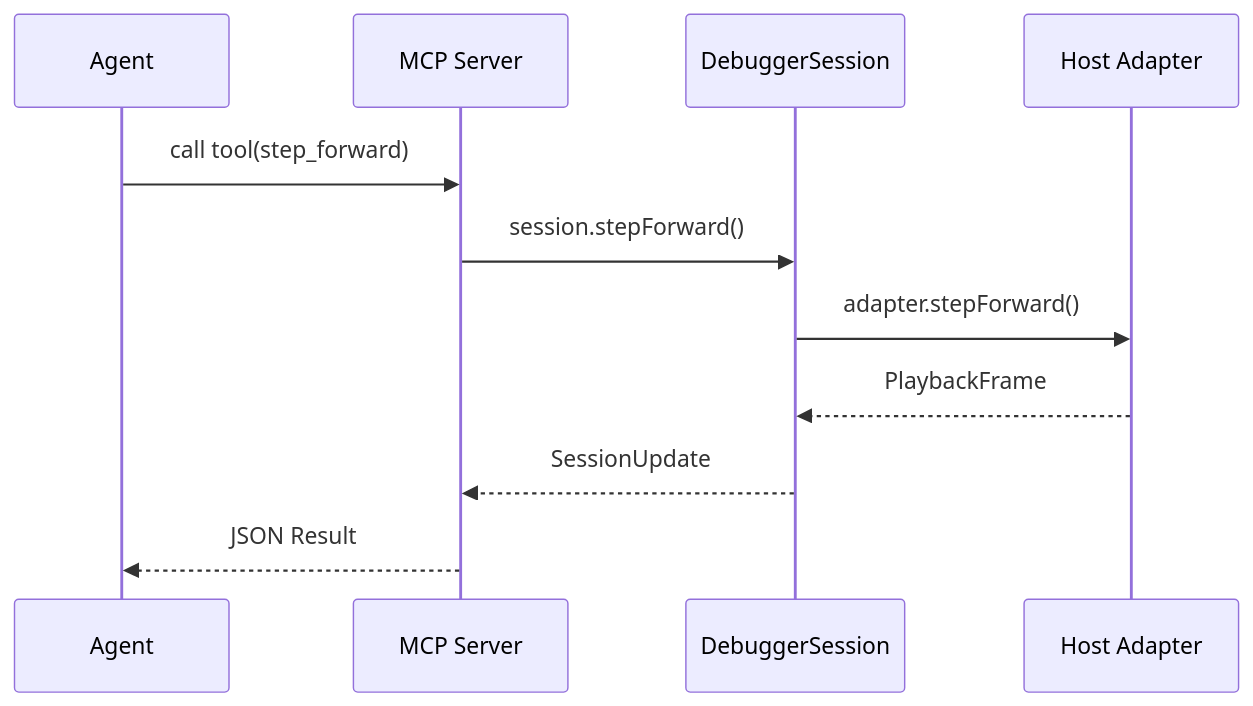
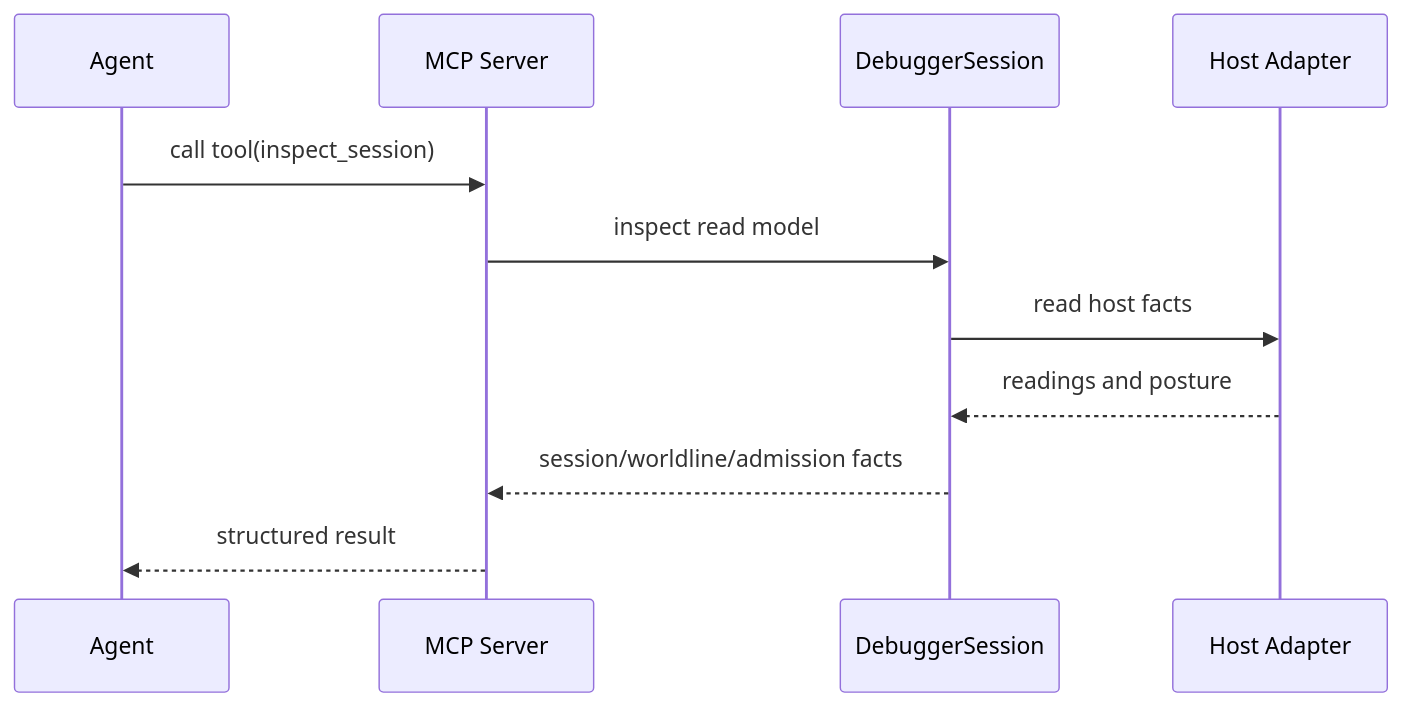
One commit to flyingrobots/warp-ttd changed the diagram in docs/MCP.md. Above: the diagram before and after it, drawn with Mermaid. The commit also changed other lines of this file and 5 other files, not shown here.

````diff
--- a/docs/MCP.md
+++ b/docs/MCP.md
@@ -7,13 +8,13 @@
 ```mermaid
 sequenceDiagram
     participant A as Agent
     participant S as MCP Server
     participant DS as DebuggerSession
     participant H as Host Adapter
-    A->>S: call tool(step_forward)
-    S->>DS: session.stepForward()
-    DS->>H: adapter.stepForward()
-    H-->>DS: PlaybackFrame
-    DS-->>S: SessionUpdate
-    S-->>A: JSON Result
+    A->>S: call tool(inspect_session)
+    S->>DS: inspect read model
+    DS->>H: read host facts
+    H-->>DS: readings and posture
+    DS-->>S: session/worldline/admission facts
+    S-->>A: structured result
 ```
````
